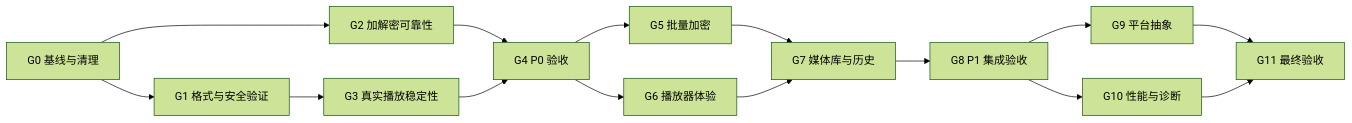
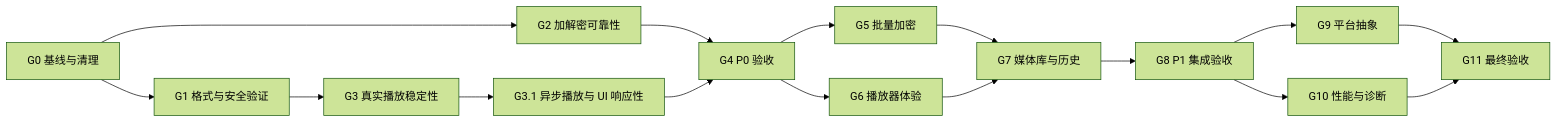
Before and after one commit to crownclowngx/avalonia_dock_simple_test: the diagram in Plugins/MySmallTools/MySmallTools/docs/secret-video-player/ROADMAP.md, drawn with Mermaid (forest theme). The commit also changed other lines of this file and 14 other files, not shown here.

````diff
--- a/Plugins/MySmallTools/MySmallTools/docs/secret-video-player/ROADMAP.md
+++ b/Plugins/MySmallTools/MySmallTools/docs/secret-video-player/ROADMAP.md
@@ -422,17 +455,18 @@
 ```mermaid
 flowchart LR
     G0["G0 基线与清理"] --> G1["G1 格式与安全验证"]
     G0 --> G2["G2 加解密可靠性"]
     G1 --> G3["G3 真实播放稳定性"]
     G2 --> G4["G4 P0 验收"]
-    G3 --> G4
+    G3 --> G31["G3.1 异步播放与 UI 响应性"]
+    G31 --> G4
     G4 --> G5["G5 批量加密"]
     G4 --> G6["G6 播放器体验"]
     G5 --> G7["G7 媒体库与历史"]
     G6 --> G7
     G7 --> G8["G8 P1 集成验收"]
     G8 --> G9["G9 平台抽象"]
     G8 --> G10["G10 性能与诊断"]
     G9 --> G11["G11 最终验收"]
     G10 --> G11
 ```
````
